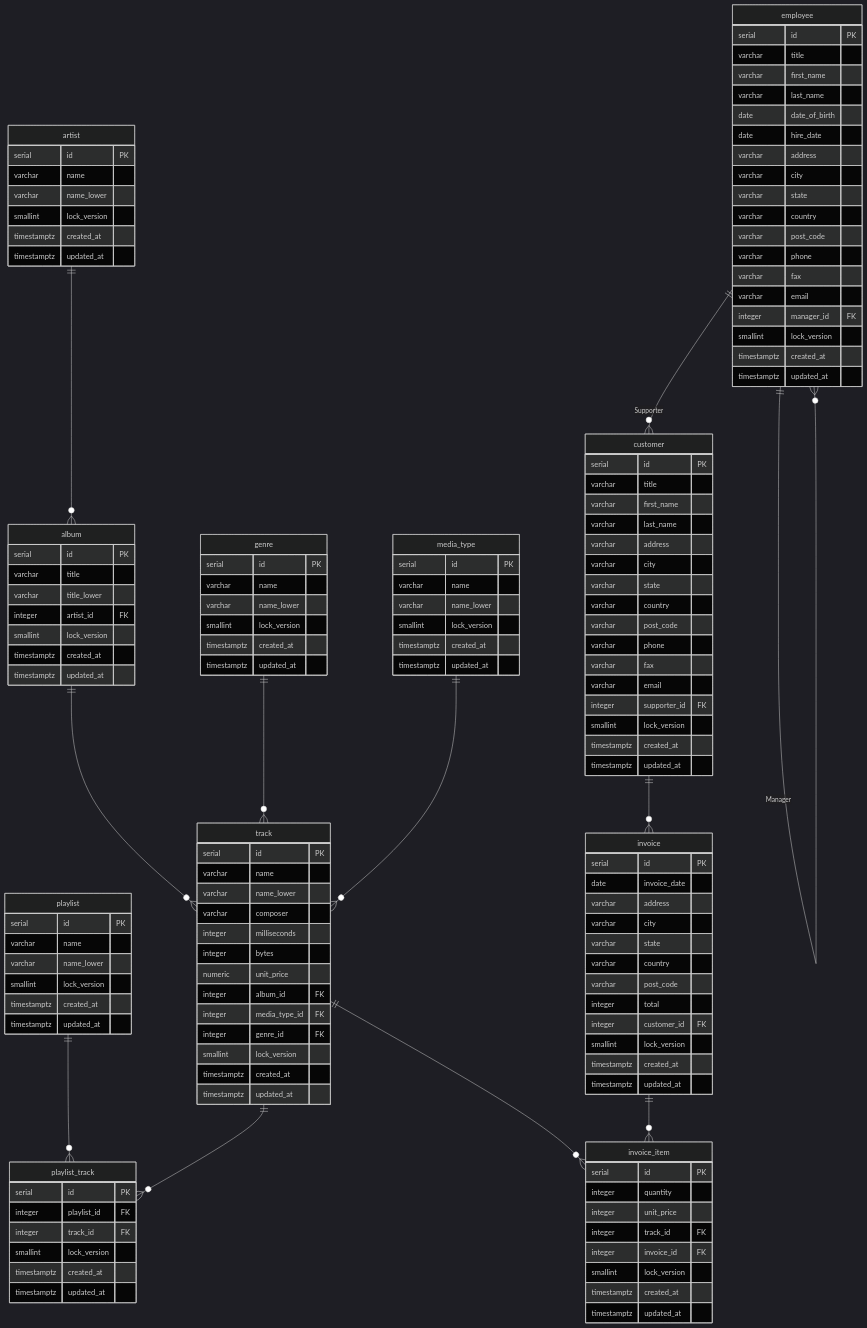
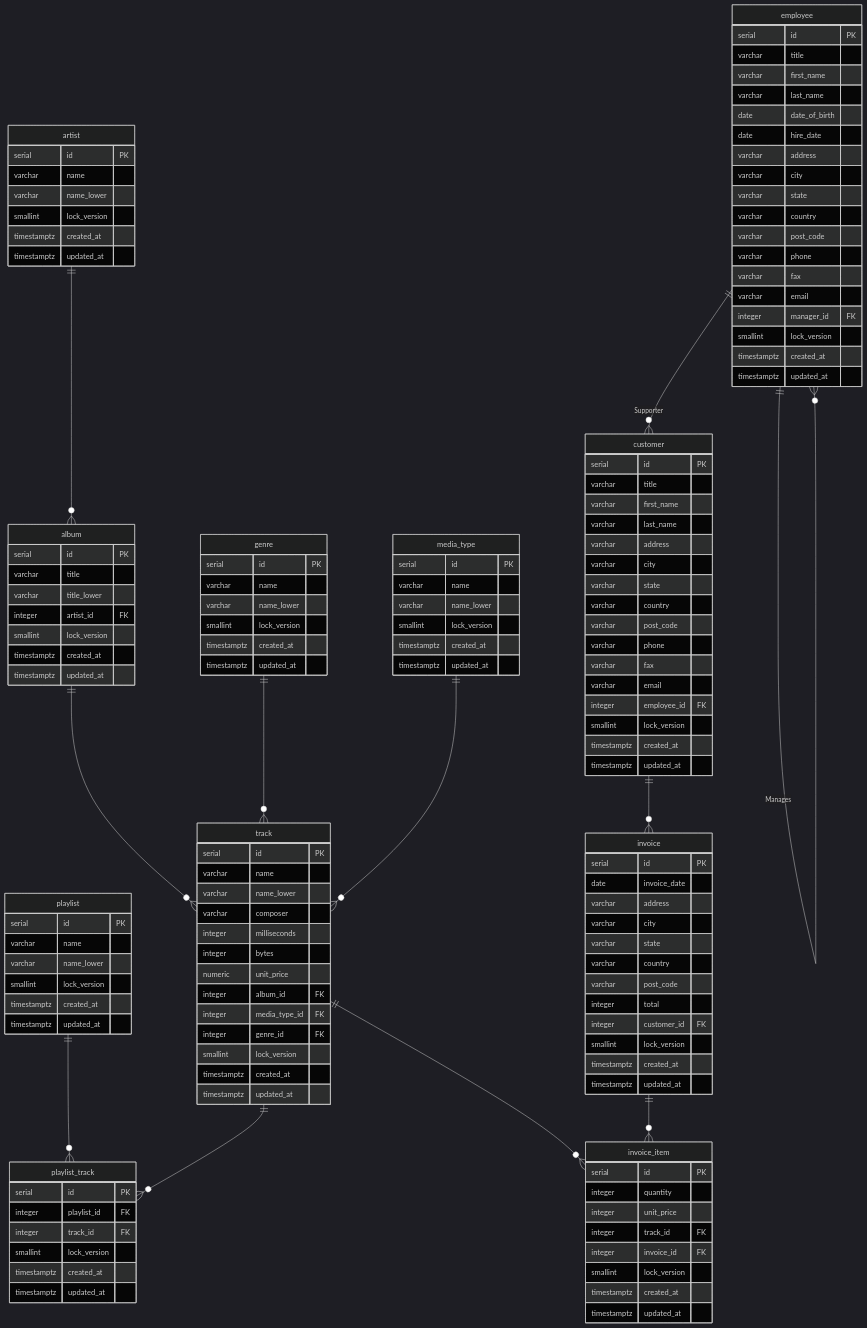
One commit to dooley-ch/mistral changed the second of 3 diagrams in docs/postgresql.md. Above: the diagram before and after it, drawn with Mermaid (dark theme). The commit also changed other lines of this file and 2 other files, not shown here.

```diff
--- a/docs/postgresql.md
+++ b/docs/postgresql.md
@@ -76,7 +76,7 @@
     customer ||--o{ invoice : ""
      
     employee ||--o{ customer : "Supporter"
-    employee ||--o{ employee : Manager
+    employee ||--o{ employee : "Manages"
      
     artist {
         serial id PK
@@ -188,7 +188,7 @@
         varchar phone
         varchar fax
         varchar email
-        integer supporter_id FK
+        integer employee_id FK
         smallint lock_version
         timestamptz created_at
         timestamptz updated_at
```
